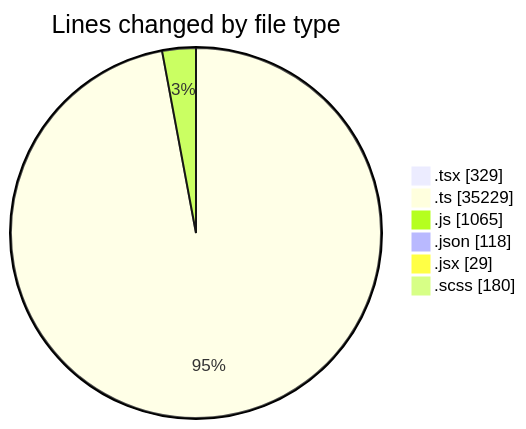
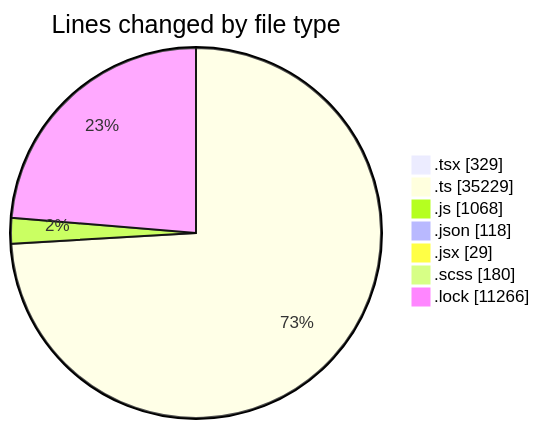
The first of 2 diagrams in 2025-12-17/cda/README.md (momahboobian/code-tracking), drawn with Mermaid before and after one commit. The commit also changed other lines of this file and 1 other file, not shown here.

````diff
--- a/2025-12-17/cda/README.md
+++ b/2025-12-17/cda/README.md
@@ -50,10 +51,11 @@
 ```mermaid
 pie showData
 title Lines changed by file type
 ".tsx" : 329
 ".ts" : 35229
-".js" : 1065
+".js" : 1068
 ".json" : 118
 ".jsx" : 29
 ".scss" : 180
+".lock" : 11266
 ```
````
